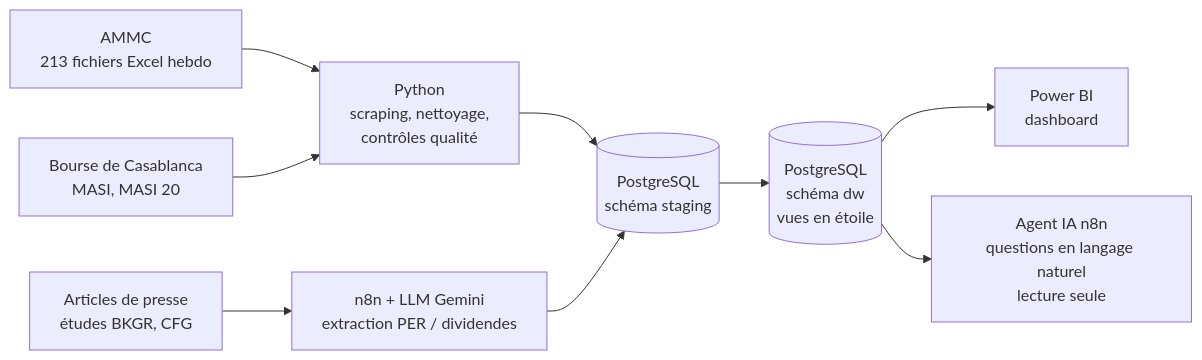
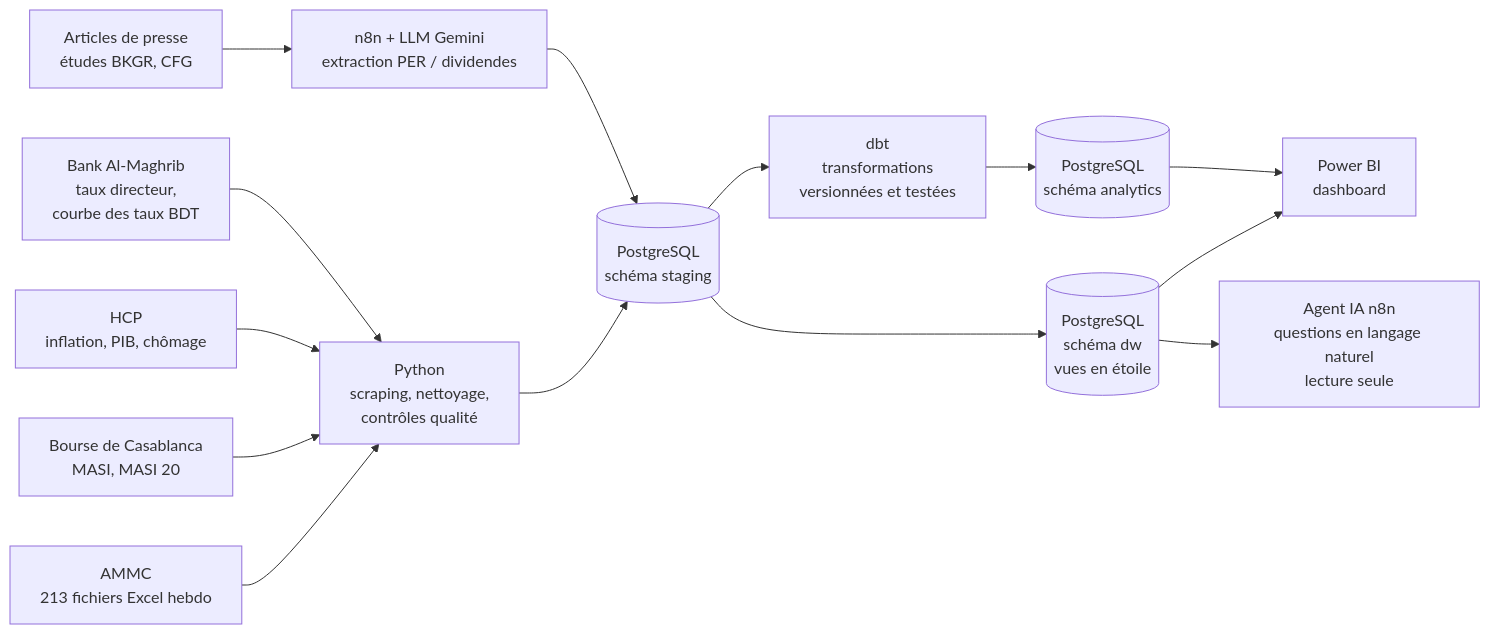
One commit to Ahmed-Badi3/observatoire-marches-maroc changed the diagram in README.md. Above: the diagram before and after it, drawn with Mermaid. The commit also changed other lines of this file and 1 other file, not shown here.

Commit message:
README : phase 2 (contexte économique, taux et obligations) et capture Power BI

````diff
--- a/README.md
+++ b/README.md
@@ -41,11 +75,16 @@
 ```mermaid
 flowchart LR
     A[AMMC<br/>213 fichiers Excel hebdo] --> P[Python<br/>scraping, nettoyage,<br/>contrôles qualité]
     B[Bourse de Casablanca<br/>MASI, MASI 20] --> P
+    H[HCP<br/>inflation, PIB, chômage] --> P
+    R[Bank Al-Maghrib<br/>taux directeur,<br/>courbe des taux BDT] --> P
     C[Articles de presse<br/>études BKGR, CFG] --> N[n8n + LLM Gemini<br/>extraction PER / dividendes]
     P --> S[(PostgreSQL<br/>schéma staging)]
     N --> S
     S --> D[(PostgreSQL<br/>schéma dw<br/>vues en étoile)]
+    S --> T[dbt<br/>transformations<br/>versionnées et testées]
+    T --> AN[(PostgreSQL<br/>schéma analytics)]
     D --> BI[Power BI<br/>dashboard]
+    AN --> BI
     D --> AG[Agent IA n8n<br/>questions en langage naturel<br/>lecture seule]
 ```
````
